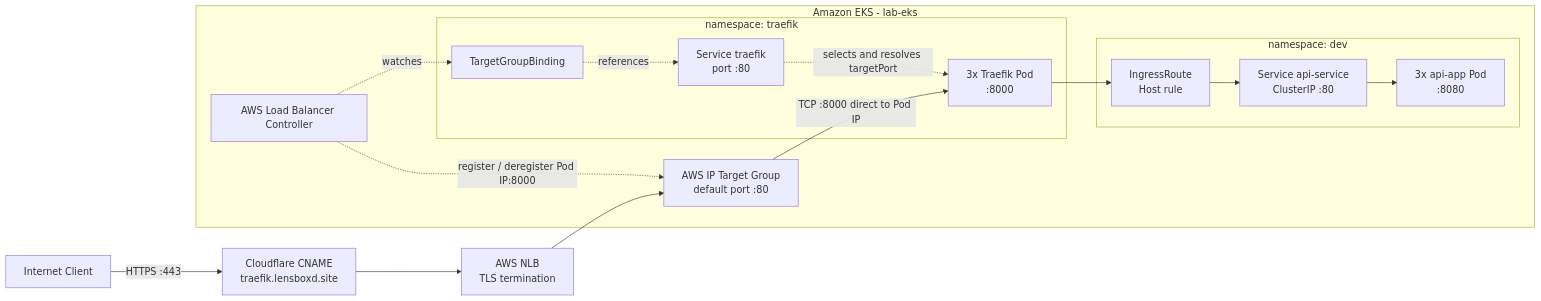
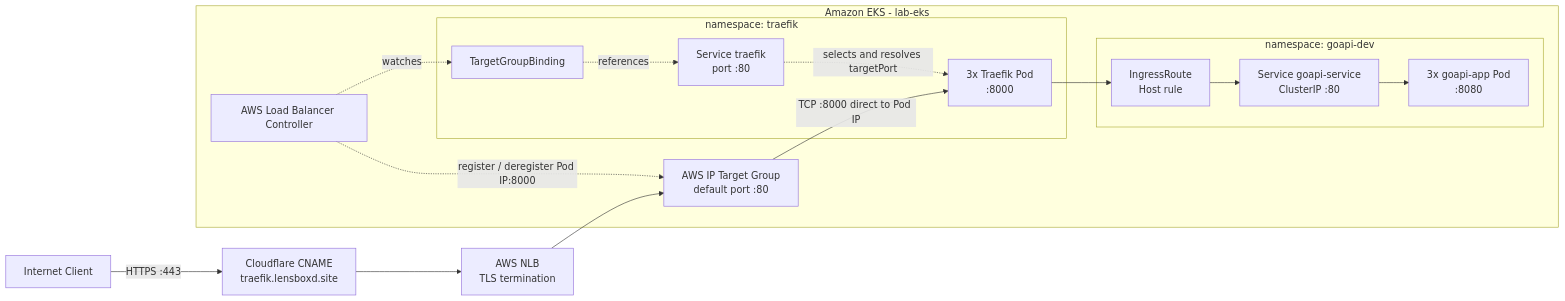
The first of 7 diagrams in aws_kube/k8s/README.md (unedtamps/aws), drawn with Mermaid before and after one commit. The commit also changed other lines of this file and 32 other files, not shown here.

````diff
--- a/aws_kube/k8s/README.md
+++ b/aws_kube/k8s/README.md
@@ -25,25 +28,25 @@
 ```mermaid
 flowchart LR
     client["Internet Client"] -->|"HTTPS :443"| dns["Cloudflare CNAME<br/>traefik.lensboxd.site"]
     dns --> nlb["AWS NLB<br/>TLS termination"]
     nlb --> tg["AWS IP Target Group<br/>default port :80"]
 
     subgraph eks["Amazon EKS - lab-eks"]
         lbc["AWS Load Balancer Controller"] -. "register / deregister Pod IP:8000" .-> tg
 
         subgraph traefikNs["namespace: traefik"]
             tgb["TargetGroupBinding"] -. "references" .-> svcTraefik["Service traefik<br/>port :80"]
             svcTraefik -. "selects and resolves targetPort" .-> podsTraefik["3x Traefik Pod<br/>:8000"]
         end
 
-        subgraph devNs["namespace: dev"]
-            route["IngressRoute<br/>Host rule"] --> svcApi["Service api-service<br/>ClusterIP :80"]
-            svcApi --> podsApi["3x api-app Pod<br/>:8080"]
+        subgraph devNs["namespace: goapi-dev"]
+            route["IngressRoute<br/>Host rule"] --> svcApi["Service goapi-service<br/>ClusterIP :80"]
+            svcApi --> podsApi["3x goapi-app Pod<br/>:8080"]
         end
 
         podsTraefik --> route
         lbc -. "watches" .-> tgb
     end
 
     tg -->|"TCP :8000 direct to Pod IP"| podsTraefik
 ```
````
